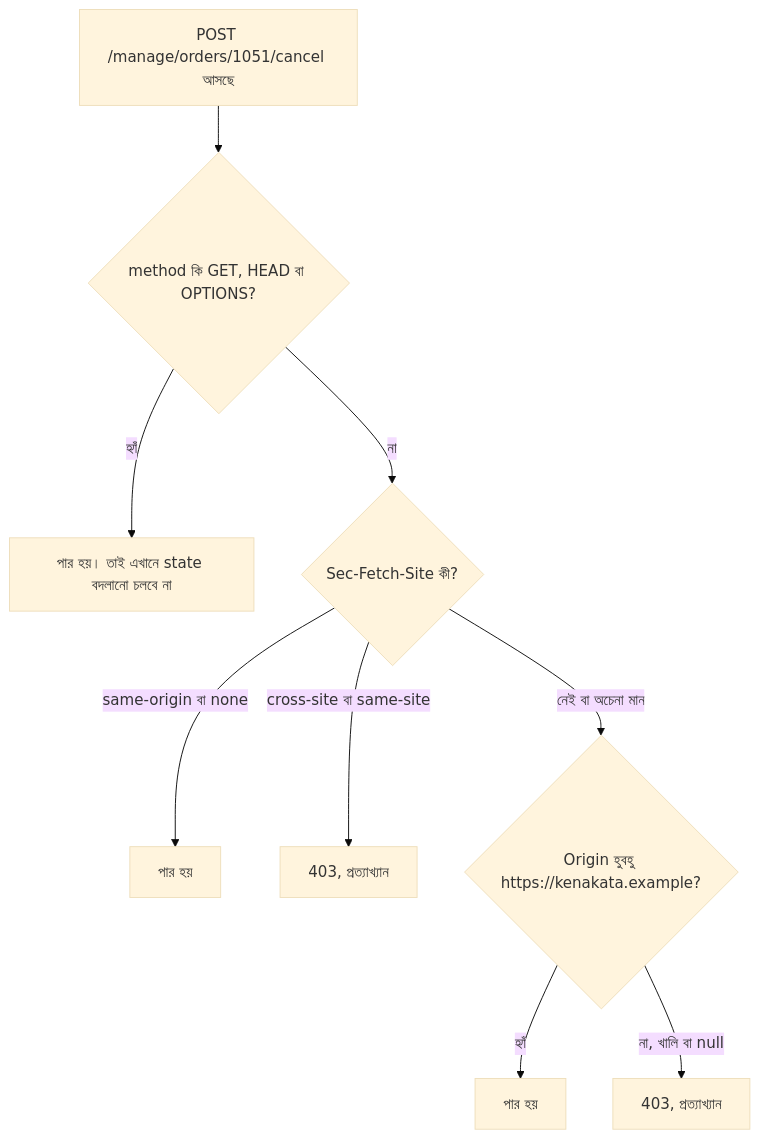
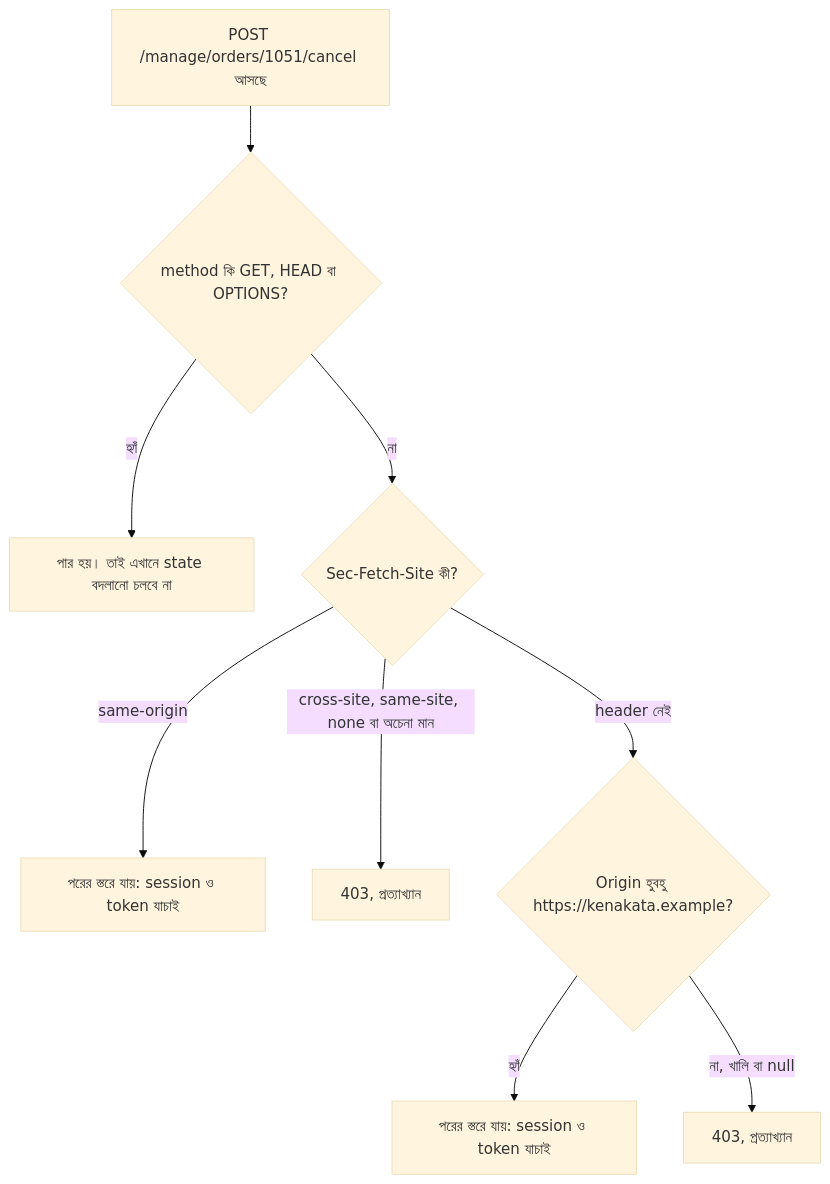
One commit to shomi-khan/auth-security-journey changed the second of 6 diagrams in series/season-1-browser-session-token/06-csrf/README.md. Above: the diagram before and after it, drawn with Mermaid (base theme). The commit also changed other lines of this file, not shown here.

````diff
--- a/series/season-1-browser-session-token/06-csrf/README.md
+++ b/series/season-1-browser-session-token/06-csrf/README.md
@@ -179,11 +178,11 @@
 ```mermaid
 flowchart TD
     R["POST /manage/orders/1051/cancel আসছে"] --> M{"method কি GET, HEAD বা OPTIONS?"}
     M -- "হ্যাঁ" --> OK1["পার হয়। তাই এখানে state বদলানো চলবে না"]
     M -- "না" --> S{"Sec-Fetch-Site কী?"}
-    S -- "same-origin বা none" --> OK2["পার হয়"]
-    S -- "cross-site বা same-site" --> NO1["403, প্রত্যাখ্যান"]
-    S -- "নেই বা অচেনা মান" --> O{"Origin হুবহু https://kenakata.example?"}
-    O -- "হ্যাঁ" --> OK3["পার হয়"]
+    S -- "same-origin" --> OK2["পরের স্তরে যায়: session ও token যাচাই"]
+    S -- "cross-site, same-site, none বা অচেনা মান" --> NO1["403, প্রত্যাখ্যান"]
+    S -- "header নেই" --> O{"Origin হুবহু https://kenakata.example?"}
+    O -- "হ্যাঁ" --> OK3["পরের স্তরে যায়: session ও token যাচাই"]
     O -- "না, খালি বা null" --> NO2["403, প্রত্যাখ্যান"]
 ```
````
